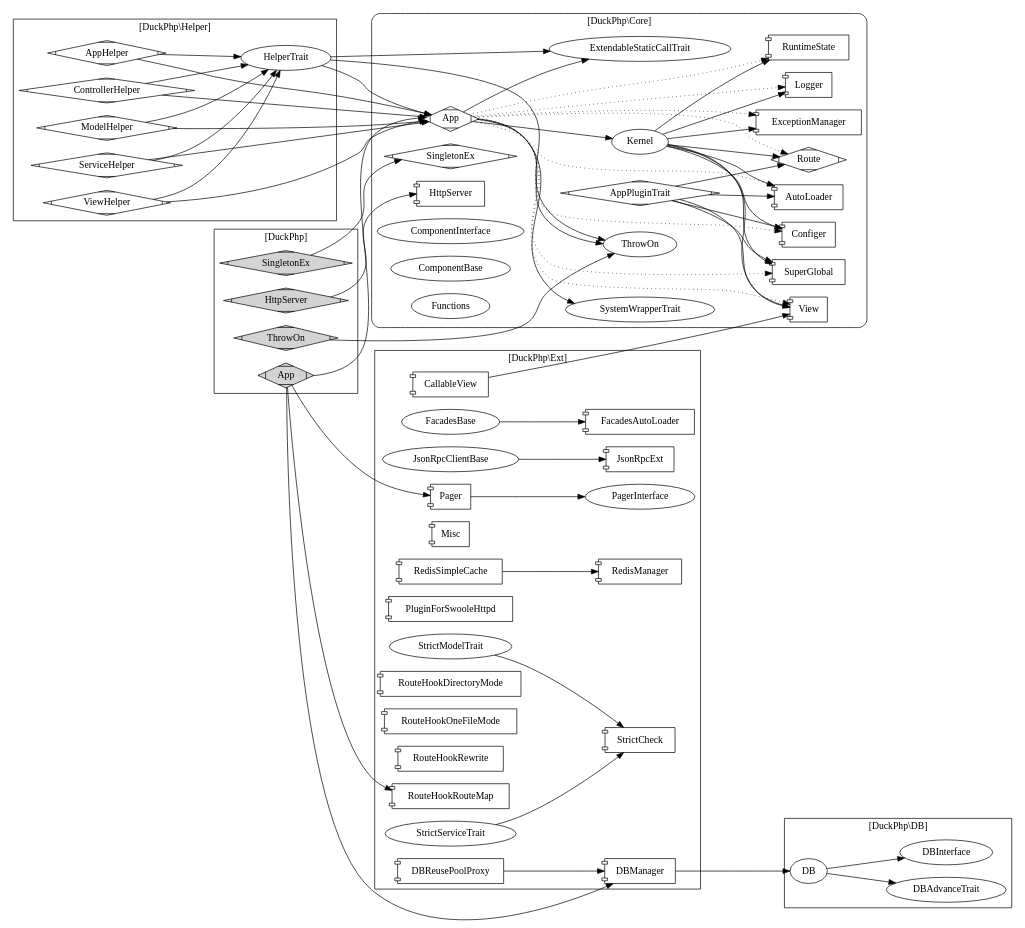
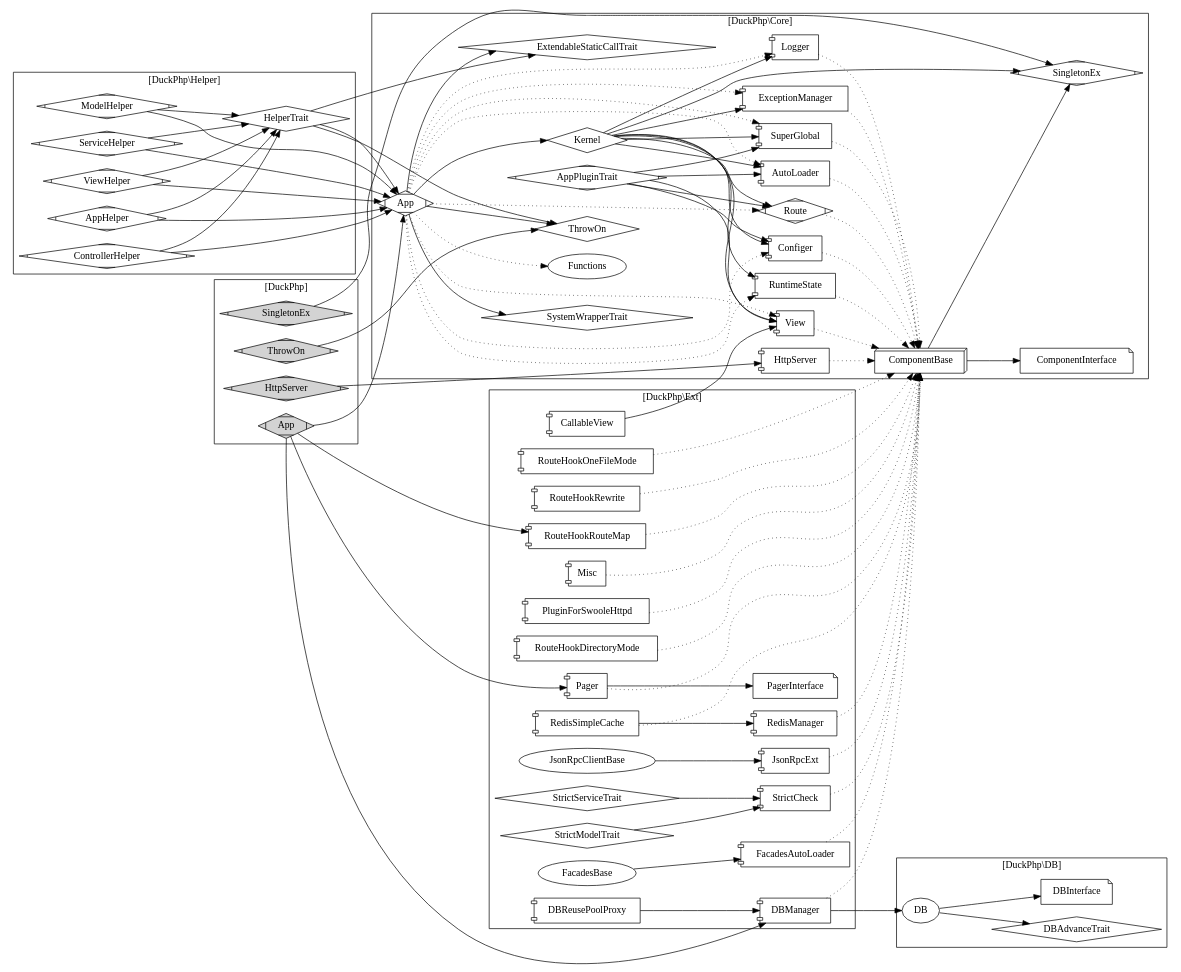
The diagram in doc/duckphp.gv (dvaknheo/duckphp), drawn with Graphviz before and after one commit. The commit also changed 1 other file, not shown here.

Commit message:
更新文件结构图

```diff
--- a/doc/duckphp.gv
+++ b/doc/duckphp.gv
@@ -1,16 +1,14 @@
 digraph G{
 /* This is a graphviz file */
 graph [rankdir = "LR"];
+
+subgraph cluster_Core {
     
-    SingletonEx [shape=Mdiamond];
-    
-subgraph cluster_Core {
-    style = "rounded";
     label = "[DuckPhp\\Core]";
 
     Core_AppPluginTrait [label="AppPluginTrait";shape=Mdiamond];
-    Core_App [label="App";shape=Mdiamond];
-    Core_Kernel [label="Kernel"];
+    Core_App [label="App";shape=Mdiamond]; 
+    Core_Kernel [label="Kernel";shape="diamond"];
     Core_SingletonEx [label="SingletonEx";shape=Mdiamond];
     Core_AutoLoader [label="AutoLoader";shape="component"];
     Core_ExceptionManager [label="ExceptionManager";shape="component"];
@@ -19,16 +17,16 @@
     Core_Logger [label="Logger";shape="component"];
     Core_Route [label="Route";shape=Mdiamond];
     Core_RuntimeState [label="RuntimeState";shape="component"];
-    Core_SystemWrapperTrait [label="SystemWrapperTrait"];
+    Core_SystemWrapperTrait [label="SystemWrapperTrait";shape=diamond];
     
     Core_HttpServer [label="HttpServer";shape="component"];
     Core_SuperGlobal [label="SuperGlobal";shape="component"];
 
-    Core_ExtendableStaticCallTrait [label="ExtendableStaticCallTrait"];
+    Core_ExtendableStaticCallTrait [label="ExtendableStaticCallTrait";shape=diamond];
     
-    Core_ThrowOn [label="ThrowOn"];
-    Core_ComponentInterface [label="ComponentInterface"];
-    Core_ComponentBase [label="ComponentBase"];
+    Core_ThrowOn [label="ThrowOn";shape=diamond];
+    Core_ComponentInterface [label="ComponentInterface";shape=note];
+    Core_ComponentBase [label="ComponentBase";shape=box3d];
     Core_Functions [label="Functions"];
 
 
@@ -54,6 +52,8 @@
     Core_App -> Core_RuntimeState [style="dotted"];
     Core_App -> Core_View [style="dotted"];
     Core_App -> Core_SuperGlobal [style="dotted"];
+    
+    Core_App -> Core_Functions [style="dotted"];
 
 
     Core_AppPluginTrait -> Core_AutoLoader;
@@ -61,12 +61,31 @@
     Core_AppPluginTrait -> Core_View;
     Core_AppPluginTrait -> Core_Route;
     Core_AppPluginTrait -> Core_SuperGlobal;
+    
+    
+    Core_ExceptionManager -> Core_ComponentBase [style="dotted"];
+    Core_Configer -> Core_ComponentBase [style="dotted"];
+    Core_Route -> Core_ComponentBase [style="dotted"];
+    Core_SuperGlobal -> Core_ComponentBase [style="dotted"];
+    Core_AutoLoader -> Core_ComponentBase [style="dotted"];
+    Core_RuntimeState -> Core_ComponentBase [style="dotted"];
+    Core_View -> Core_ComponentBase [style="dotted"];
+    Core_Logger -> Core_ComponentBase [style="dotted"];
+    Core_HttpServer -> Core_ComponentBase [style="dotted"];
+
+    
+    Core_ComponentBase -> Core_ComponentInterface;
+    Core_ComponentBase -> Core_SingletonEx;
+    
+    Core_Kernel -> Core_SingletonEx;
+    
 }
 
 
 
 
 subgraph cluster_Helper {
+    
     label = "[DuckPhp\\Helper]";
     
     AppHelper [label="AppHelper";shape=Mdiamond];
@@ -74,7 +93,7 @@
     ModelHelper [label="ModelHelper";shape=Mdiamond];
     ServiceHelper [label="ServiceHelper";shape=Mdiamond];
     ViewHelper [label="ViewHelper";shape=Mdiamond];
-    HelperTrait;
+    HelperTrait [label="HelperTrait";shape=diamond];
     
     AppHelper -> Core_App; 
     ControllerHelper -> Core_App; 
@@ -97,23 +116,22 @@
 
 
 subgraph cluster_DB {
+    
     label = "[DuckPhp\\DB]";
 
     DB_DB [label="DB"];
-    DB_DBAdvanceTrait [label="DBAdvanceTrait"];
-    DB_DBInterface [label="DBInterface"];
+    DB_DBAdvanceTrait [label="DBAdvanceTrait";shape=diamond];
+    DB_DBInterface [label="DBInterface";shape=note];
     
     DB_DB -> DB_DBAdvanceTrait;
     DB_DB -> DB_DBInterface;
-
-
-
 }
 
 
 
 subgraph cluster_Ext {
-label = "[DuckPhp\\Ext]";
+    
+    label = "[DuckPhp\\Ext]";
 
     CallableView[shape="component"];
     DBManager[shape="component"];
@@ -124,7 +142,7 @@
     JsonRpcExt[shape="component"];
     Misc[shape="component"];
     Pager[shape="component"];
-    PagerInterface ;
+    PagerInterface [shape=note];
     PluginForSwooleHttpd[shape="component"];
     RedisManager[shape="component"];
     RedisSimpleCache[shape="component"];
@@ -133,6 +151,8 @@
     RouteHookRewrite[shape="component"];
     RouteHookRouteMap[shape="component"];
     StrictCheck[shape="component"];
+    StrictModelTrait [shape=diamond];
+    StrictServiceTrait [shape=diamond];
 
 
     DBManager -> DB_DB;
@@ -144,10 +164,27 @@
     RedisSimpleCache -> RedisManager;
     StrictModelTrait -> StrictCheck; 
     StrictServiceTrait -> StrictCheck; 
+    
+    FacadesAutoLoader -> Core_ComponentBase [style="dotted"];
+    JsonRpcExt -> Core_ComponentBase [style="dotted"];
+    Pager -> Core_ComponentBase [style="dotted"];
+    Misc -> Core_ComponentBase [style="dotted"];
+    RedisSimpleCache -> Core_ComponentBase [style="dotted"];
+    RedisManager -> Core_ComponentBase [style="dotted"];
+    PluginForSwooleHttpd -> Core_ComponentBase [style="dotted"];
+    StrictCheck -> Core_ComponentBase [style="dotted"];
+    RouteHookDirectoryMode -> Core_ComponentBase [style="dotted"];
+    RouteHookOneFileMode -> Core_ComponentBase [style="dotted"];
+    RouteHookRewrite -> Core_ComponentBase [style="dotted"];
+    RouteHookRouteMap -> Core_ComponentBase [style="dotted"];
+    DBManager -> Core_ComponentBase [style="dotted"];
 }
+
+
 subgraph cluster_DuckPhp {
+    
     label = "[DuckPhp]";
-        node [style=filled];
+    node [style=filled];
 
     HttpServer -> Core_HttpServer;
     App -> Core_App;
```
